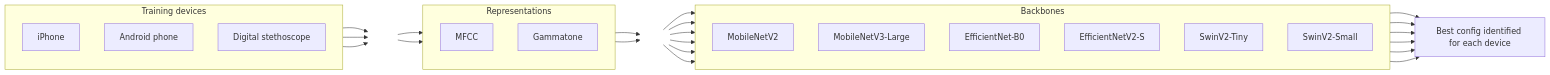
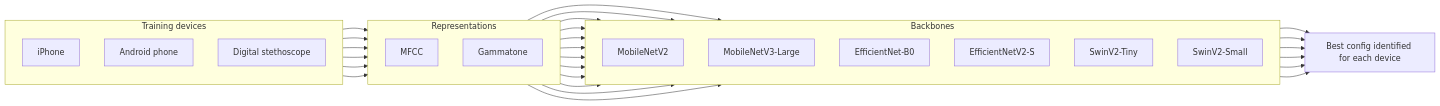
The first of 3 diagrams in README.md (anywheredoor/phonocardiogram-lvef-deeplearning), drawn with Mermaid before and after one commit. The commit also changed other lines of this file, not shown here.

Commit message:
Update README workflow diagrams

````diff
--- a/README.md
+++ b/README.md
@@ -104,45 +104,47 @@
 ```mermaid
 flowchart LR
     subgraph WD["Training devices"]
         direction TB
         WD1["iPhone"]
         WD2["Android phone"]
         WD3["Digital stethoscope"]
     end
     subgraph WR["Representations"]
         direction TB
         WR1["MFCC"]
         WR2["Gammatone"]
     end
     subgraph WB["Backbones"]
         direction TB
         WB1["MobileNetV2"]
         WB2["MobileNetV3-Large"]
         WB3["EfficientNet-B0"]
         WB4["EfficientNetV2-S"]
         WB5["SwinV2-Tiny"]
         WB6["SwinV2-Small"]
     end
-    classDef hidden fill:none,stroke:none,color:none;
-    J1[" "]:::hidden
-    J2[" "]:::hidden
-    WD1 --> J1
-    WD2 --> J1
-    WD3 --> J1
-    J1 --> WR1
-    J1 --> WR2
-    WR1 --> J2
-    WR2 --> J2
-    J2 --> WB1
-    J2 --> WB2
-    J2 --> WB3
-    J2 --> WB4
-    J2 --> WB5
-    J2 --> WB6
+    WD1 --> WR1
+    WD1 --> WR2
+    WD2 --> WR1
+    WD2 --> WR2
+    WD3 --> WR1
+    WD3 --> WR2
+    WR1 --> WB1
+    WR1 --> WB2
+    WR1 --> WB3
+    WR1 --> WB4
+    WR1 --> WB5
+    WR1 --> WB6
+    WR2 --> WB1
+    WR2 --> WB2
+    WR2 --> WB3
+    WR2 --> WB4
+    WR2 --> WB5
+    WR2 --> WB6
     WB1 --> S["Best config identified for each device"]
     WB2 --> S
     WB3 --> S
     WB4 --> S
     WB5 --> S
     WB6 --> S
 ```
````
